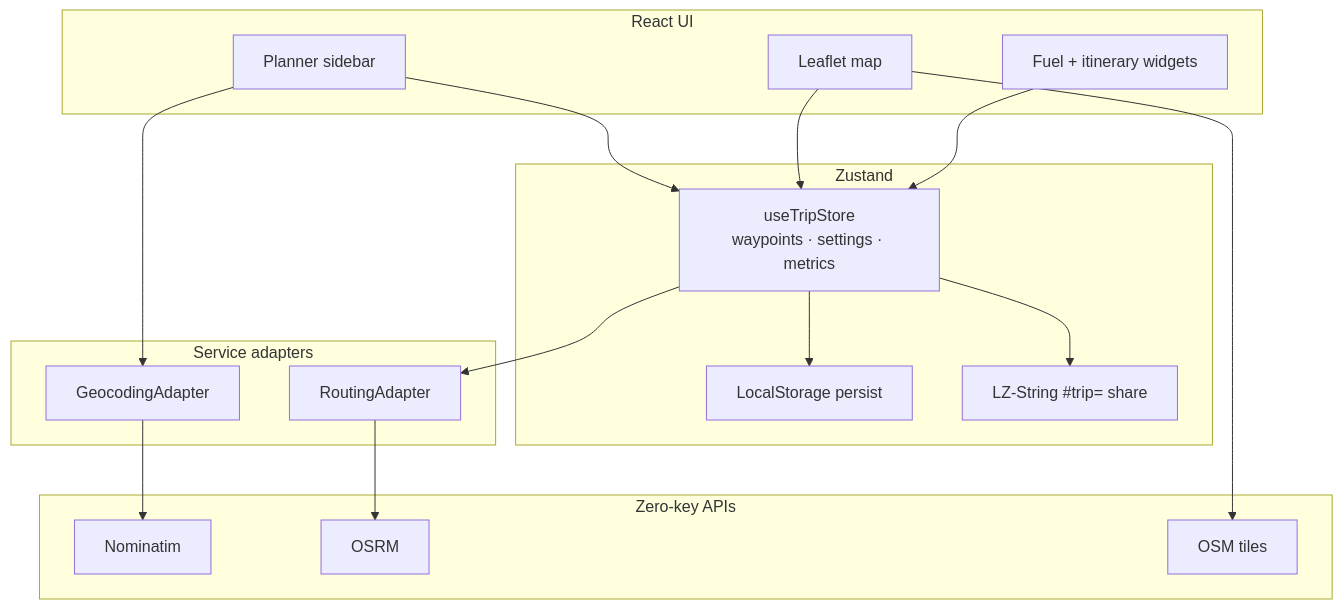
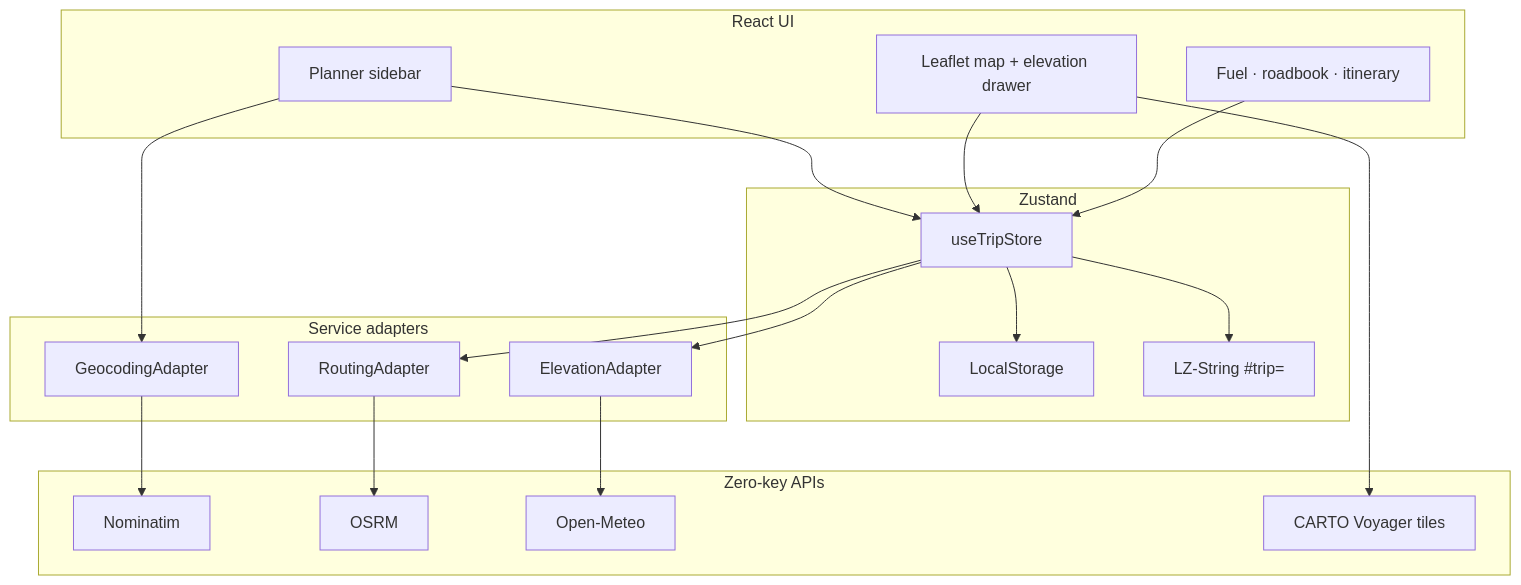
The diagram in README.md (sidehustlesallam/Wayfare), drawn with Mermaid before and after one commit. The commit also changed other lines of this file and 15 other files, not shown here.

````diff
--- a/README.md
+++ b/README.md
@@ -28,36 +31,40 @@
 ```mermaid
 flowchart TB
   subgraph UI["React UI"]
     Sidebar["Planner sidebar"]
-    Map["Leaflet map"]
-    Widgets["Fuel + itinerary widgets"]
+    Map["Leaflet map + elevation drawer"]
+    Widgets["Fuel · roadbook · itinerary"]
   end
 
   subgraph State["Zustand"]
-    Store["useTripStore<br/>waypoints · settings · metrics"]
-    Persist["LocalStorage persist"]
-    Share["LZ-String #trip= share"]
+    Store["useTripStore"]
+    Persist["LocalStorage"]
+    Share["LZ-String #trip="]
   end
 
   subgraph Adapters["Service adapters"]
     Geo["GeocodingAdapter"]
     Route["RoutingAdapter"]
+    Elev["ElevationAdapter"]
   end
 
   subgraph External["Zero-key APIs"]
     Nominatim["Nominatim"]
     OSRM["OSRM"]
-    OSM["OSM tiles"]
+    OpenMeteo["Open-Meteo"]
+    Carto["CARTO Voyager tiles"]
   end
 
   Sidebar --> Store
   Map --> Store
   Widgets --> Store
   Store --> Persist
   Store --> Share
   Sidebar --> Geo
   Store --> Route
+  Store --> Elev
   Geo --> Nominatim
   Route --> OSRM
-  Map --> OSM
+  Elev --> OpenMeteo
+  Map --> Carto
 ```
````
